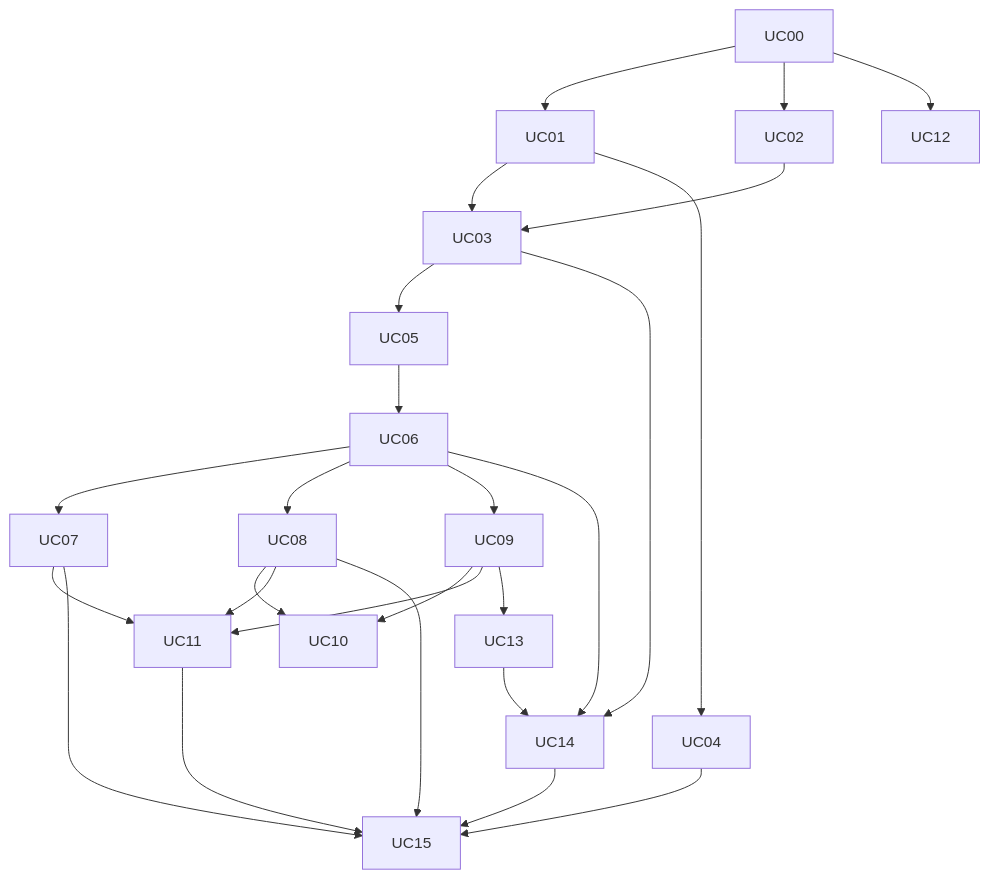
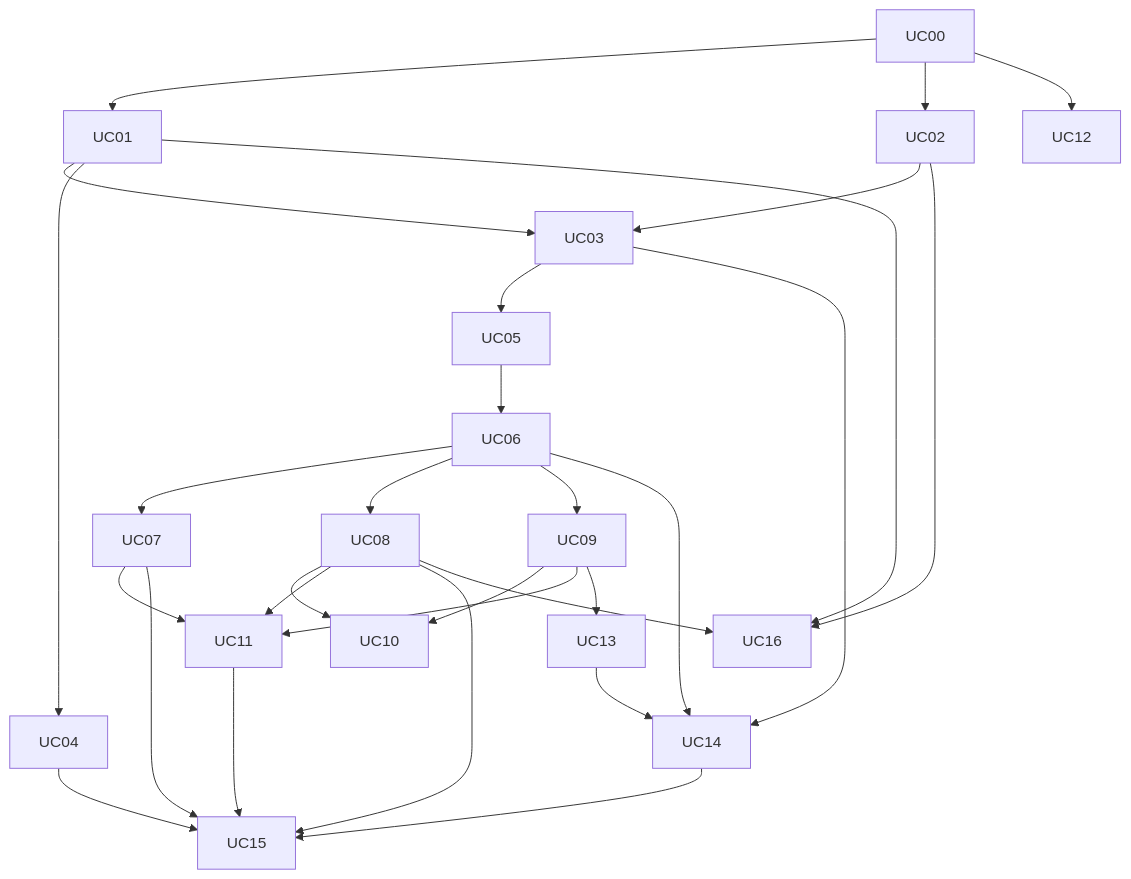
One commit to jsoladur/monthly-expenses changed the diagram in docs/usecases/UC-INDEX.md. Above: the diagram before and after it, drawn with Mermaid. The commit also changed other lines of this file and 9 other files, not shown here.

````diff
--- a/docs/usecases/UC-INDEX.md
+++ b/docs/usecases/UC-INDEX.md
@@ -43,14 +44,15 @@
 ```mermaid
 flowchart TD
     UC00 --> UC01 --> UC03 --> UC05 --> UC06
     UC00 --> UC02 --> UC03
     UC01 --> UC04
     UC06 --> UC07 & UC08 & UC09
     UC08 & UC09 --> UC10
     UC07 & UC08 & UC09 --> UC11
     UC09 --> UC13
     UC03 & UC06 --> UC14
     UC13 --> UC14
     UC00 --> UC12
     UC04 & UC07 & UC08 & UC11 & UC14 --> UC15
+    UC01 & UC02 & UC08 --> UC16
 ```
````
